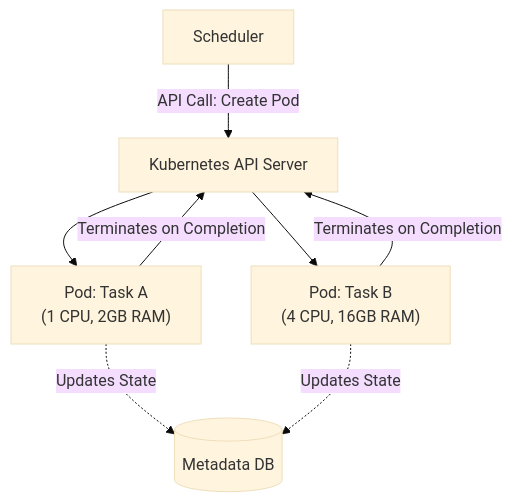
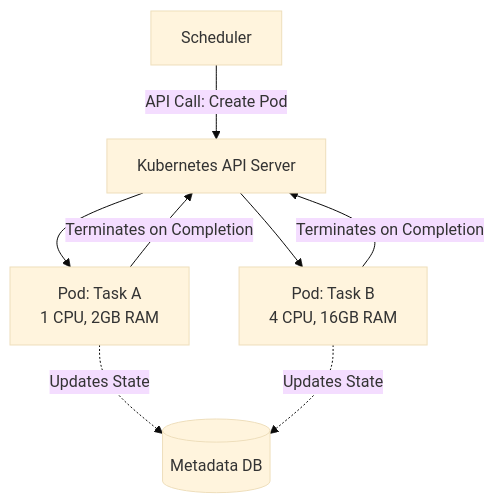
Before and after one commit to samargupta096/software-engineering: the fourth of 5 diagrams in devops/airflow/01_architecture_and_internals.md, drawn with Mermaid (base theme). The commit also changed other lines of this file and 4 other files, not shown here.

Commit message:
docs: finalize Mermaid diagram compliance across all Airflow modules and comprehensive guide

````diff
--- a/devops/airflow/01_architecture_and_internals.md
+++ b/devops/airflow/01_architecture_and_internals.md
@@ -134,12 +134,12 @@
 ```mermaid
 graph TD
-    S[Scheduler] -->|API Call: Create Pod| K8s[Kubernetes API Server]
-    K8s --> P1["Pod: Task A \n (1 CPU, 2GB RAM)"]
-    K8s --> P2["Pod: Task B \n (4 CPU, 16GB RAM)"]
+    S["Scheduler"] -->|API Call: Create Pod| K8s["Kubernetes API Server"]
+    K8s --> P1["Pod: Task A \n 1 CPU, 2GB RAM"]
+    K8s --> P2["Pod: Task B \n 4 CPU, 16GB RAM"]
     
-    P1 -.->|Updates State| DB[(Metadata DB)]
+    P1 -.->|Updates State| DB[("Metadata DB")]
     P2 -.->|Updates State| DB
     
     P1 -->|Terminates on Completion| K8s
     P2 -->|Terminates on Completion| K8s
 ```
````
